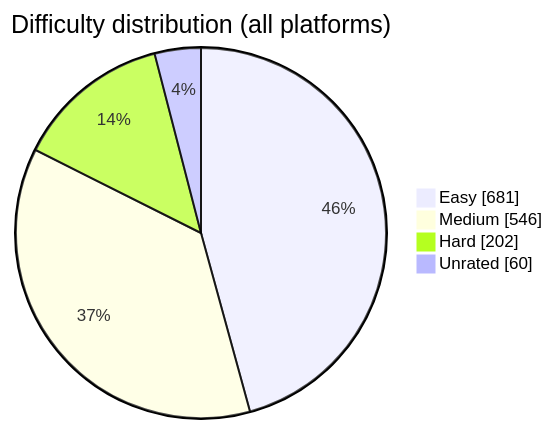
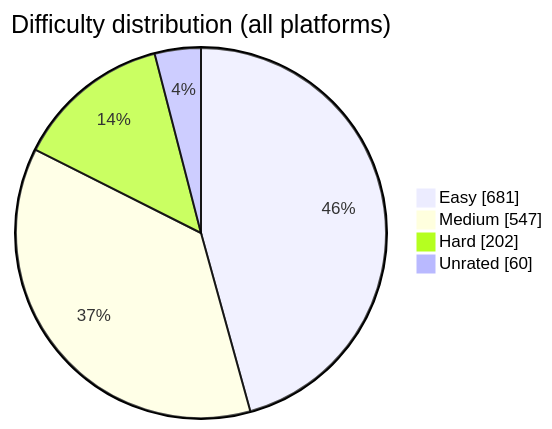
Before and after one commit to BuildbyArindam/Daily-Coding-Log: the diagram in README.md, drawn with Mermaid. The commit also changed other lines of this file, not shown here.

````diff
--- a/README.md
+++ b/README.md
@@ -93,7 +93,7 @@
 ```mermaid
 pie showData title Difficulty distribution (all platforms)
     "Easy" : 681
-    "Medium" : 546
+    "Medium" : 547
     "Hard" : 202
     "Unrated" : 60
 ```
````
